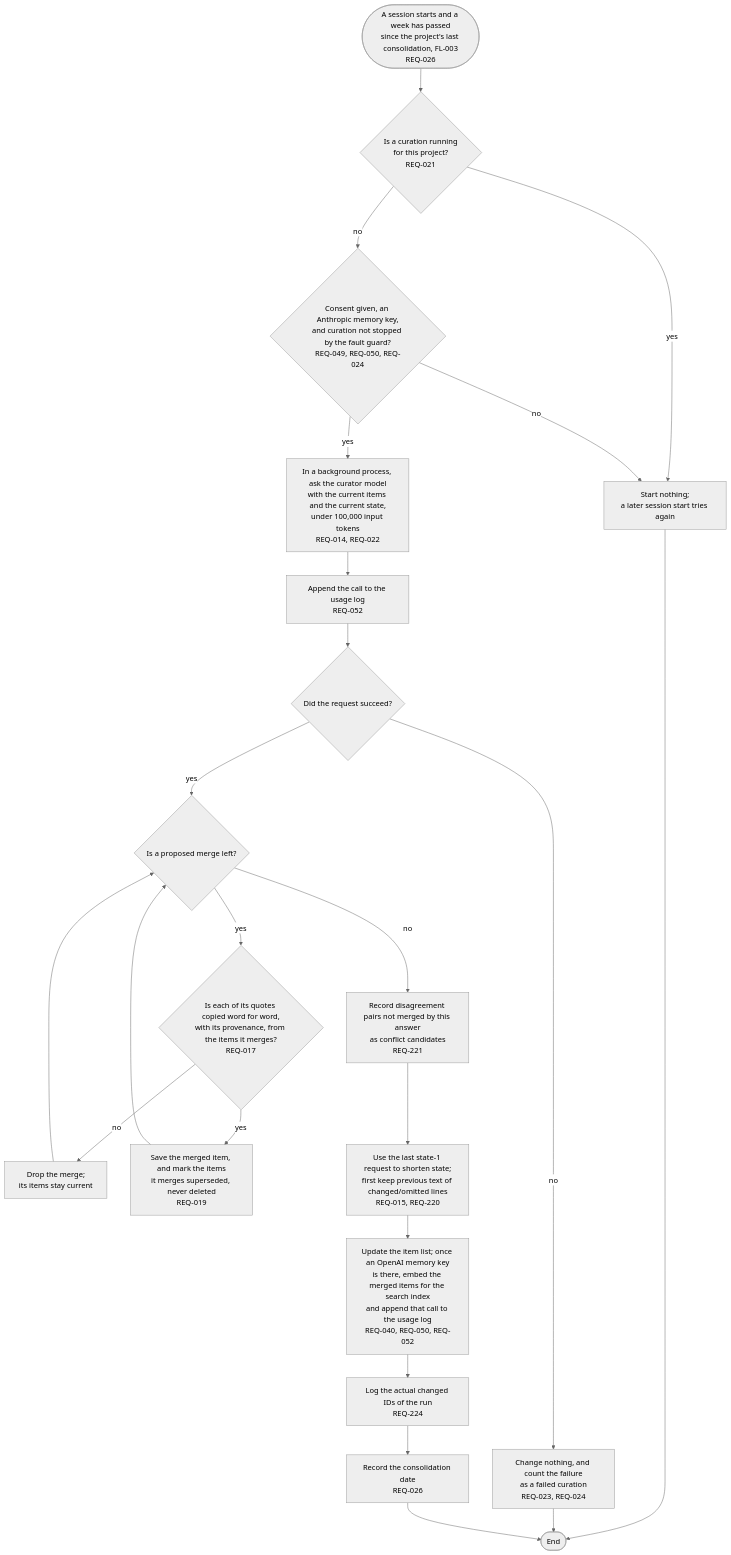
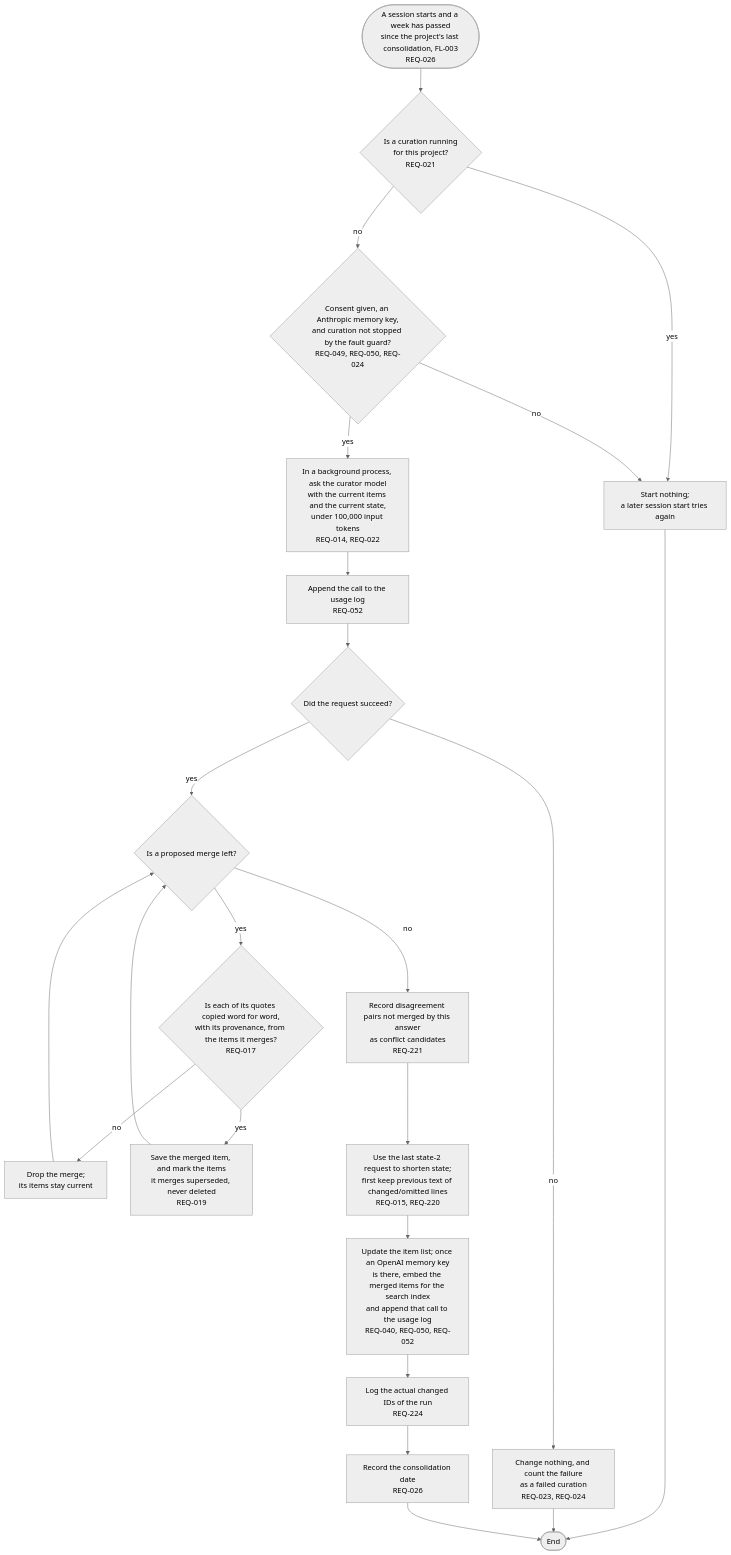
Before and after one commit to kodonghui/corthex: the diagram in docs/03-user-flow/memory/FL-006-consolidate-a-project.md, drawn with Mermaid (neutral theme). The commit also changed 11 other files, not shown here.

````diff
--- a/docs/03-user-flow/memory/FL-006-consolidate-a-project.md
+++ b/docs/03-user-flow/memory/FL-006-consolidate-a-project.md
@@ -9,25 +9,25 @@
 ```mermaid
 flowchart TD
   A(["A session starts and a week has passed<br/>since the project's last consolidation, FL-003<br/>REQ-026"]) --> B{"Is a curation running<br/>for this project?<br/>REQ-021"}
   B -->|yes| B1["Start nothing;<br/>a later session start tries again"]
   B1 --> Z(["End"])
   B -->|no| C{"Consent given, an Anthropic memory key,<br/>and curation not stopped by the fault guard?<br/>REQ-049, REQ-050, REQ-024"}
   C -->|no| B1
   C -->|yes| D["In a background process, ask the curator model<br/>with the current items and the current state,<br/>under 100,000 input tokens<br/>REQ-014, REQ-022"]
   D --> E["Append the call to the usage log<br/>REQ-052"]
   E --> F{"Did the request succeed?"}
   F -->|no| F1["Change nothing, and count the failure<br/>as a failed curation<br/>REQ-023, REQ-024"]
   F1 --> Z
   F -->|yes| M{"Is a proposed merge left?"}
   M -->|yes| G{"Is each of its quotes copied word for word,<br/>with its provenance, from the items it merges?<br/>REQ-017"}
   G -->|no| G1["Drop the merge;<br/>its items stay current"]
   G1 --> M
   G -->|yes| G2["Save the merged item, and mark the items<br/>it merges superseded, never deleted<br/>REQ-019"]
   G2 --> M
   M -->|no| CF["Record disagreement pairs not merged by this answer<br/>as conflict candidates<br/>REQ-221"]
-  CF --> H["Use the last state-1 request to shorten state;<br/>first keep previous text of changed/omitted lines<br/>REQ-015, REQ-220"]
+  CF --> H["Use the last state-2 request to shorten state;<br/>first keep previous text of changed/omitted lines<br/>REQ-015, REQ-220"]
   H --> I["Update the item list; once an OpenAI memory key<br/>is there, embed the merged items for the search index<br/>and append that call to the usage log<br/>REQ-040, REQ-050, REQ-052"]
   I --> RL["Log the actual changed IDs of the run<br/>REQ-224"]
   RL --> K["Record the consolidation date<br/>REQ-026"]
   K --> Z
 ```
````
